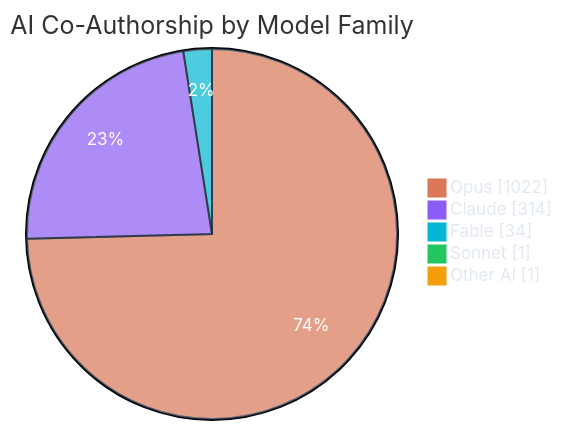
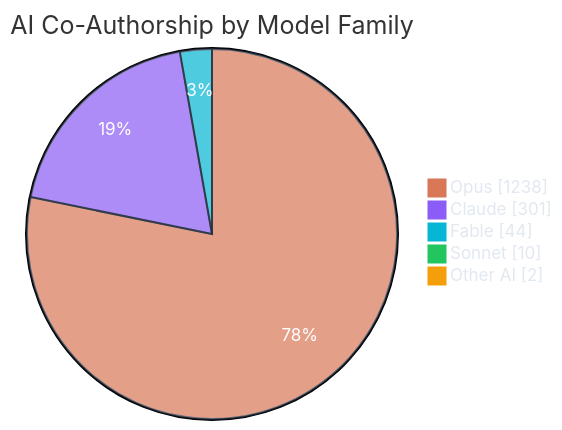
The third of 7 diagrams in README.md (polo-nyan/polo-nyan), drawn with Mermaid before and after one commit. The commit also changed other lines of this file and 1 other file, not shown here.

````diff
--- a/README.md
+++ b/README.md
@@ -279,10 +279,10 @@
 ```mermaid
 %%{init: {"theme": "base", "themeVariables": { "pie1": "#d97757", "pie2": "#8b5cf6", "pie3": "#06b6d4", "pie4": "#22c55e", "pie5": "#f59e0b", "pie6": "#ec4899", "pieTextColor": "#ffffff", "pieLegendTextColor": "#e2e8f0", "pieSectionTextColor": "#ffffff", "pieStrokeColor": "#1e293b" }}}%%
 pie showData
     title AI Co-Authorship by Model Family
-    "Opus" : 1022
-    "Claude" : 314
-    "Fable" : 34
-    "Sonnet" : 1
-    "Other AI" : 1
+    "Opus" : 1238
+    "Claude" : 301
+    "Fable" : 44
+    "Sonnet" : 10
+    "Other AI" : 2
 ```
````
